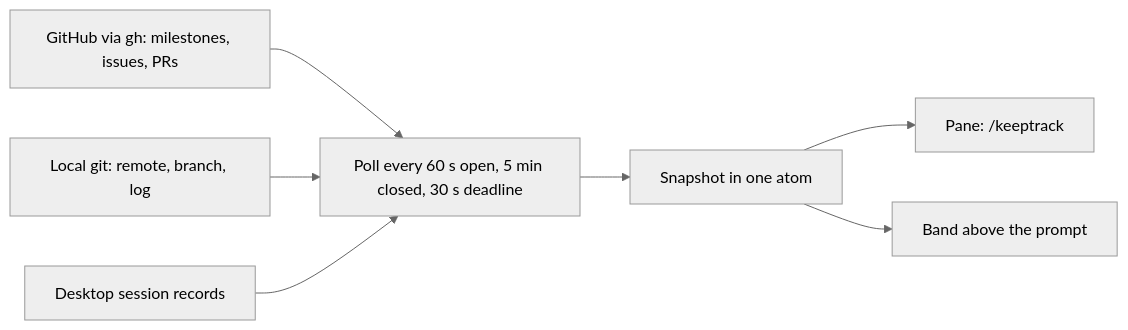
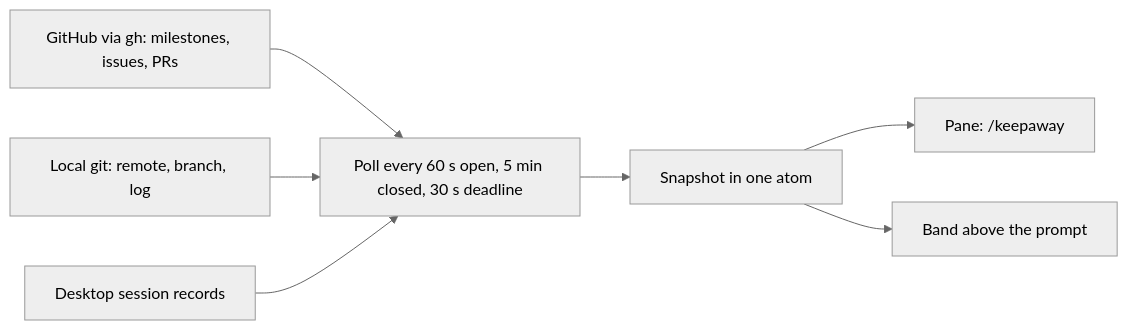
One commit to KeepGlide/keepaway-repo changed the first of 2 diagrams in README.md. Above: the diagram before and after it, drawn with Mermaid (neutral theme). The commit also changed other lines of this file and 40 other files, not shown here.

````diff
--- a/README.md
+++ b/README.md
@@ -99,9 +99,9 @@
 ```mermaid
 flowchart LR
     GH[GitHub via gh: milestones, issues, PRs] --> POLL
     GIT[Local git: remote, branch, log] --> POLL
     REC[Desktop session records] --> POLL
     POLL[Poll every 60 s open, 5 min closed, 30 s deadline] --> SNAP[Snapshot in one atom]
-    SNAP --> PANE[Pane: /keeptrack]
+    SNAP --> PANE[Pane: /keepaway]
     SNAP --> BAND[Band above the prompt]
 ```
````
